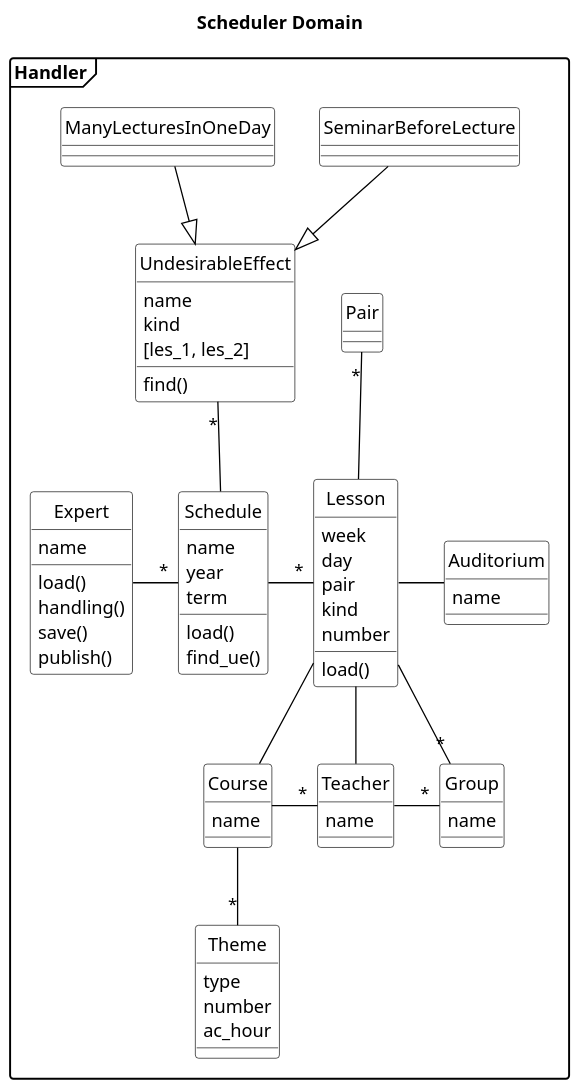
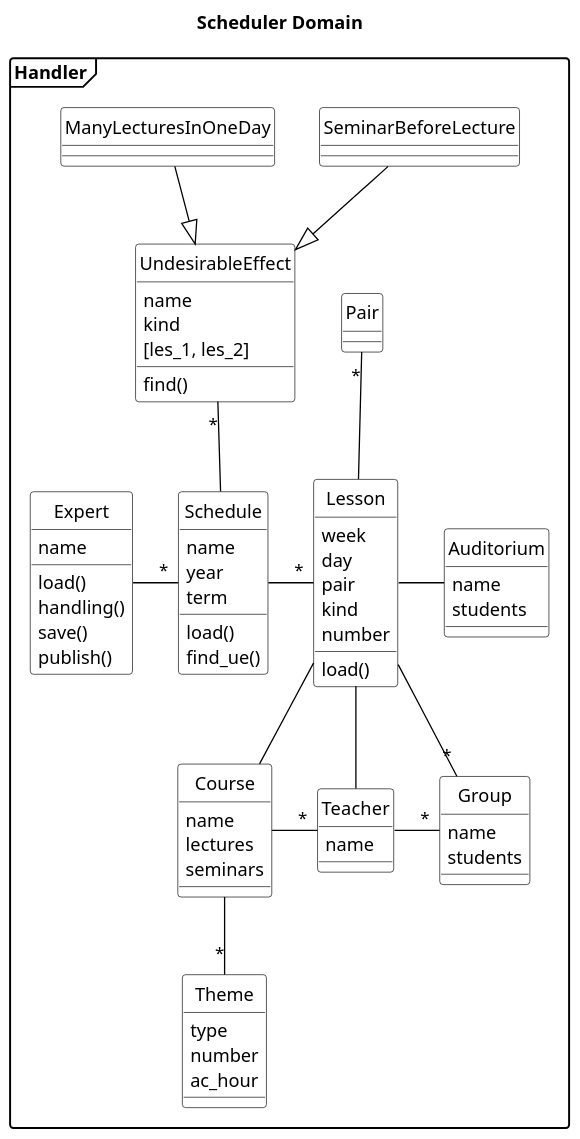
Before and after one commit to AlexFatkin/UniversityScheduleController: the diagram in UML/Scheduler_classes_14.puml, drawn with PlantUML.

Commit message:
UML/Scheduler_classes_14.puml

```diff
--- a/UML/Scheduler_classes_14.puml
+++ b/UML/Scheduler_classes_14.puml
@@ -2,106 +2,110 @@
 @startuml
 title Scheduler Domain
 skinparam class {
 BackgroundColor White
 ArrowColor Black
 BorderColor Black
 }
 skinparam object {
 BackgroundColor White
 ArrowColor Black
 BorderColor Black
 }
 hide circle
 'hide members
 scale 1.3
 skinparam DefaultTextAlignment left
 skinparam shadowing false
 'skinparam monochrome true
 skinparam packageStyle frame
 
 package Handler {
 
 class UndesirableEffect{
 name
 kind
 [les_1, les_2]
 find()
 }
 class SeminarBeforeLecture{
 }
 class ManyLecturesInOneDay{
 }
 class Expert{
 name
 load()
 handling()
 save()
 publish()
 }
 class Schedule{
 name
 year
 term
 load()
 find_ue()
 }
 class Lesson{
 week
 day
 pair
 kind
 number
 load()
 }
 class Teacher{
 name
 'e-mail
 }
 class Course{
 name
+lectures
+seminars
 'workload
 }
 class Pair {
 'id
 'begin
 'finish
 '}
 'class Student{
 'id
 'e-mail
 }
 class Group{
 name
+students
 'students
 }
 'class Building {
 'name
 '}
 class Auditorium {
 name
+students
 'address
 }
 class Theme{
 type
 number
 ac_hour
 }
 
 Expert -"*" Schedule
 Schedule -"*" Lesson
 UndesirableEffect "*"--Schedule
 Lesson  --"*"  Group
 SeminarBeforeLecture --|> UndesirableEffect
 Lesson --Teacher
 ManyLecturesInOneDay --|> UndesirableEffect
 Lesson --  Course
 Teacher -"*" Group
 Pair "*"-- Lesson
 Course --"*" Theme
 Lesson - Auditorium
 Course -"*" Teacher
 'Building -- Auditorium
 'Building "2"-"1" Transfer
 'Group -"*" Student
 'Lesson --Transfer
 @enduml
```
